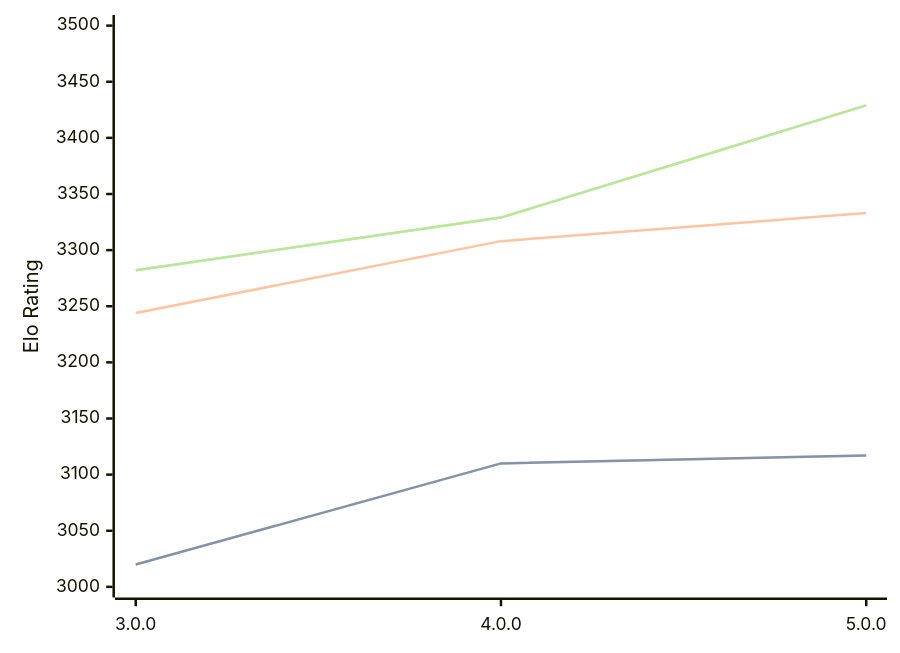
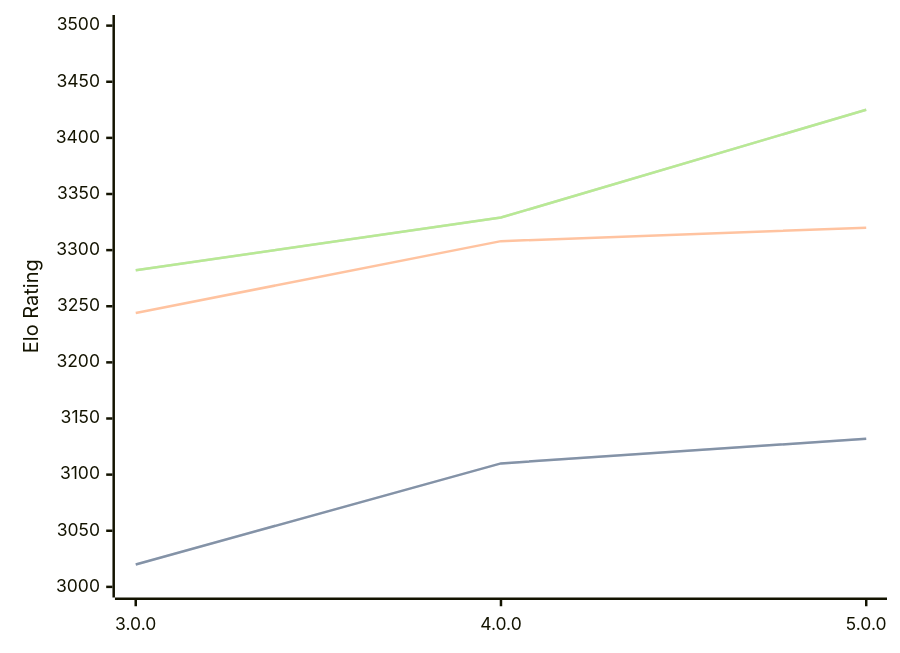
One commit to computer-chess-index/cci changed the diagram in engines/Minke.md. Above: the diagram before and after it, drawn with Mermaid. The commit also changed other lines of this file, not shown here.

Commit message:
Update CCI Ratings (ELO VLTC) - 2026-02-13

````diff
--- a/engines/Minke.md
+++ b/engines/Minke.md
@@ -32,11 +32,11 @@
 ```mermaid
 %%{init: {"theme":"base","themeVariables":{"seriesColors:['#a3a3a3','#222221','#faa371']}}}%%
 xychart-beta
   x-axis ["3.0.0", "4.0.0", "5.0.0"]
   y-axis "Elo Rating" 3000 --> 3500
-  line "STC (8.0+0.08s)" [3020, 3110, 3117]
-  line "STC (8.0+0.08s)" [3020, 3110, 3117]
-  line "LTC (60.0+0.60s)" [3244, 3308, 3333]
-  line "VLTC (2m24s+1.12s)" [3282, 3329, 3429]
-  line "VLTC (2m24s+1.12s)" [3282, 3329, 3429]
+  line "STC (8.0+0.08s)" [3020, 3110, 3132]
+  line "STC (8.0+0.08s)" [3020, 3110, 3132]
+  line "LTC (60.0+0.60s)" [3244, 3308, 3320]
+  line "VLTC (2m24s+1.12s)" [3282, 3329, 3425]
+  line "VLTC (2m24s+1.12s)" [3282, 3329, 3425]
 ```
````
